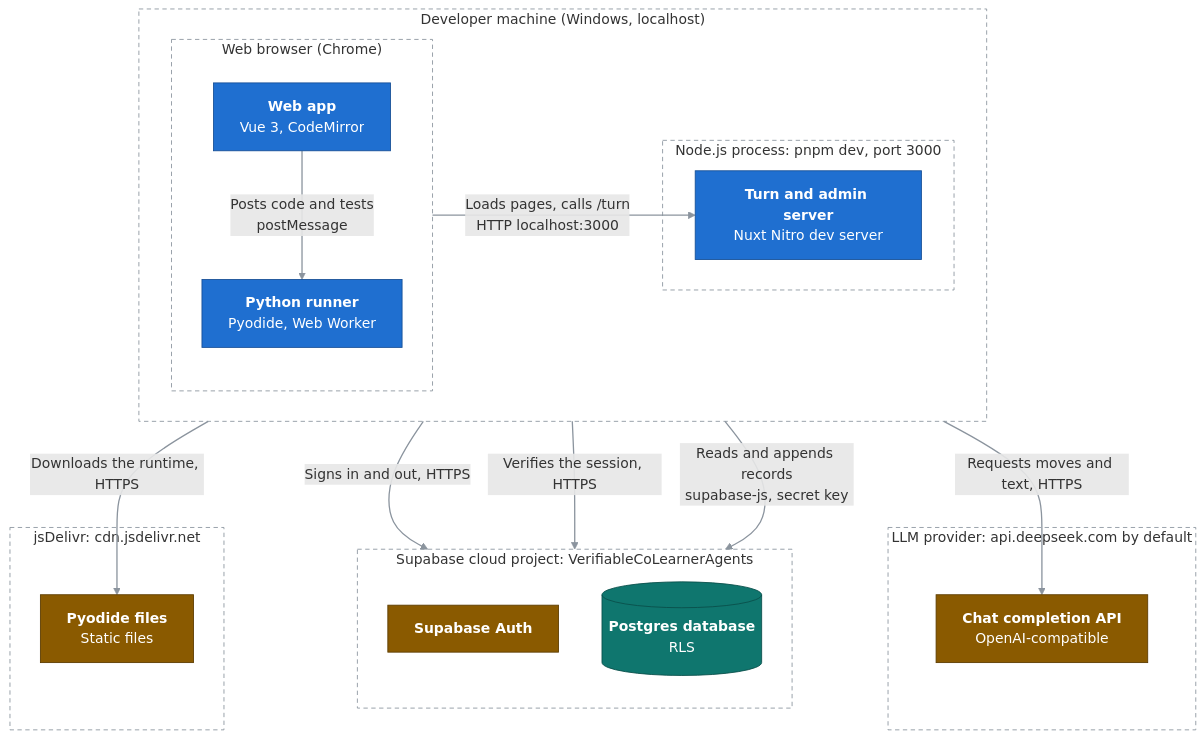
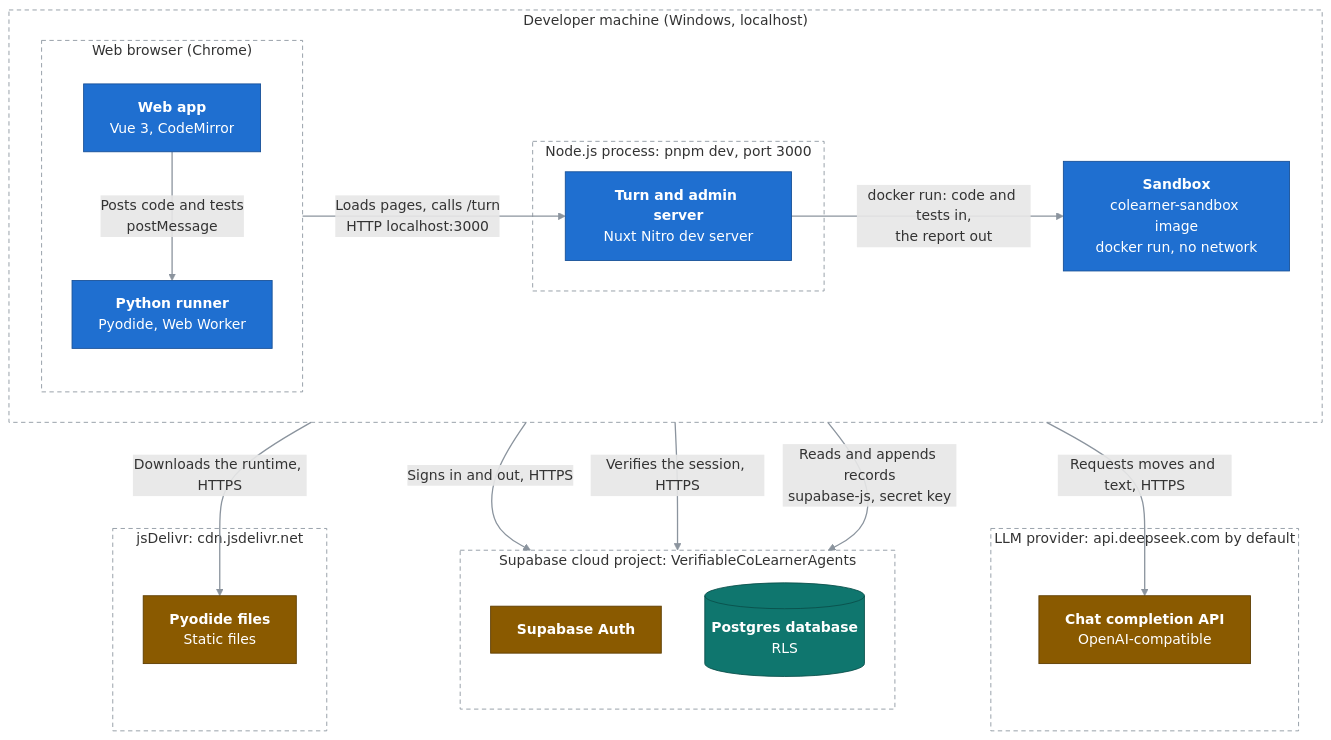
The diagram in docs/c4/04-deployment.md (Bill2926/COS40005_HN9_Verifiable_Co-Learner_Agent), drawn with Mermaid before and after one commit. The commit also changed other lines of this file and 37 other files, not shown here.

````diff
--- a/docs/c4/04-deployment.md
+++ b/docs/c4/04-deployment.md
@@ -10,48 +10,50 @@
 ```mermaid
 flowchart TB
   classDef comp fill:#1f6fd0,stroke:#164f96,color:#ffffff
   classDef ext fill:#8a5a00,stroke:#5c3c00,color:#ffffff
   classDef db fill:#0f766e,stroke:#0a4f4a,color:#ffffff
   linkStyle default stroke:#8b949e,stroke-width:1.5px
 
   subgraph dev["Developer machine (Windows, localhost)"]
     direction LR
     subgraph browser["Web browser (Chrome)"]
       direction TB
       spa["<b>Web app</b><br/>Vue 3, CodeMirror"]:::comp
       pyodide["<b>Python runner</b><br/>Pyodide, Web Worker"]:::comp
     end
     subgraph node["Node.js process: pnpm dev, port 3000"]
       server["<b>Turn and admin server</b><br/>Nuxt Nitro dev server"]:::comp
     end
+    sandbox["<b>Sandbox</b><br/>colearner-sandbox image<br/>docker run, no network"]:::comp
   end
 
   subgraph supa["Supabase cloud project: VerifiableCoLearnerAgents"]
     direction TB
     auth["<b>Supabase Auth</b>"]:::ext
     db[("<b>Postgres database</b><br/>RLS")]:::db
   end
 
   subgraph llmhost["LLM provider: api.deepseek.com by default"]
     llm["<b>Chat completion API</b><br/>OpenAI-compatible"]:::ext
   end
 
   subgraph cdnhost["jsDelivr: cdn.jsdelivr.net"]
     cdn["<b>Pyodide files</b><br/>Static files"]:::ext
   end
 
   spa -->|"Loads pages, calls /turn<br/>HTTP localhost:3000"| server
   spa -->|"Posts code and tests<br/>postMessage"| pyodide
   spa -->|"Signs in and out, HTTPS"| auth
   pyodide -->|"Downloads the runtime, HTTPS"| cdn
   server -->|"Verifies the session, HTTPS"| auth
   server -->|"Reads and appends records<br/>supabase-js, secret key"| db
   server -->|"Requests moves and text, HTTPS"| llm
+  server -->|"docker run: code and tests in,<br/>the report out"| sandbox
 
   style dev fill:none,stroke:#8b949e,stroke-dasharray:5 4
   style browser fill:none,stroke:#8b949e,stroke-dasharray:5 4
   style node fill:none,stroke:#8b949e,stroke-dasharray:5 4
   style supa fill:none,stroke:#8b949e,stroke-dasharray:5 4
   style llmhost fill:none,stroke:#8b949e,stroke-dasharray:5 4
   style cdnhost fill:none,stroke:#8b949e,stroke-dasharray:5 4
 ```
````
